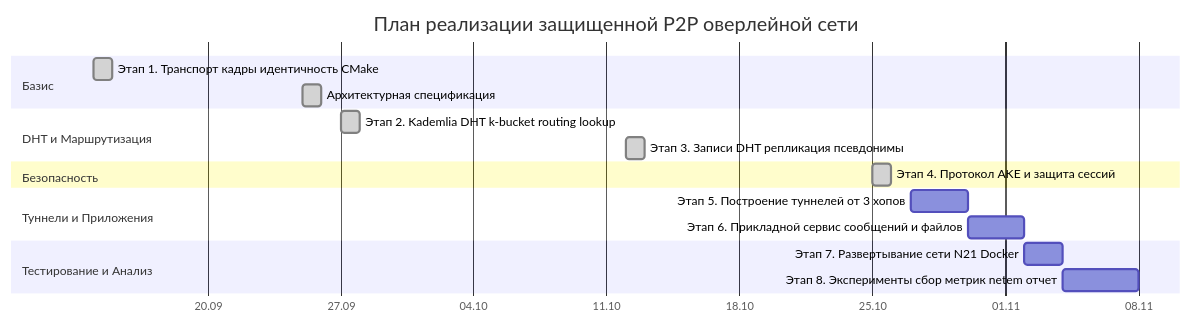
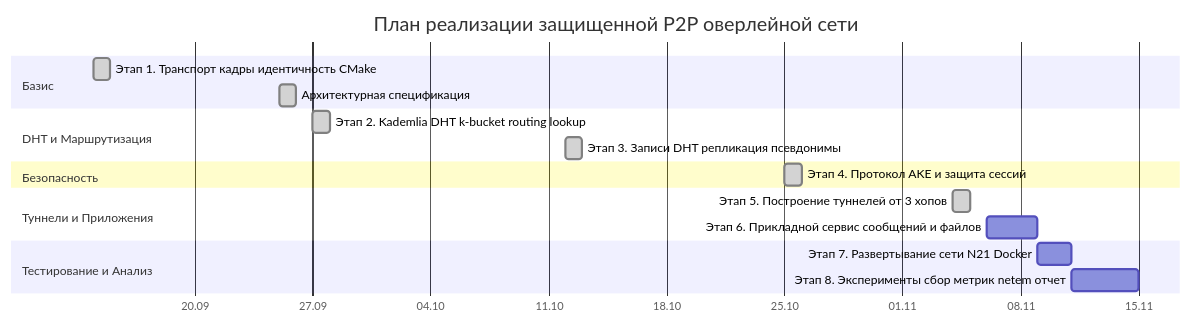
One commit to dmortyanov/p2p-overlay changed the eighth of 8 diagrams in docs/architecture.md. Above: the diagram before and after it, drawn with Mermaid. The commit also changed other lines of this file and 23 other files, not shown here.

````diff
--- a/docs/architecture.md
+++ b/docs/architecture.md
@@ -532,20 +532,20 @@
 ```mermaid
 gantt
     title План реализации защищенной P2P оверлейной сети
     dateFormat  YYYY-MM-DD
     axisFormat  %d.%m
     section Базис
     Этап 1. Транспорт кадры идентичность CMake       :done, s1, 2026-09-14, 1d
     Архитектурная спецификация                      :done, s_arch, 2026-09-25, 1d
     section DHT и Маршрутизация
     Этап 2. Kademlia DHT k-bucket routing lookup    :done, s2, 2026-09-27, 1d
     Этап 3. Записи DHT репликация псевдонимы        :done, s3, 2026-10-12, 1d
     section Безопасность
     Этап 4. Протокол AKE и защита сессий            :done, s4, 2026-10-25, 1d
     section Туннели и Приложения
-    Этап 5. Построение туннелей от 3 хопов          :s5, 2026-10-27, 3d
-    Этап 6. Прикладной сервис сообщений и файлов    :s6, 2026-10-30, 3d
+    Этап 5. Построение туннелей от 3 хопов          :done, s5, 2026-11-04, 1d
+    Этап 6. Прикладной сервис сообщений и файлов    :s6, 2026-11-06, 3d
     section Тестирование и Анализ
-    Этап 7. Развертывание сети N21 Docker           :s7, 2026-11-02, 2d
-    Этап 8. Эксперименты сбор метрик netem отчет    :s8, 2026-11-04, 4d
+    Этап 7. Развертывание сети N21 Docker           :s7, 2026-11-09, 2d
+    Этап 8. Эксперименты сбор метрик netem отчет    :s8, 2026-11-11, 4d
 ```
````
